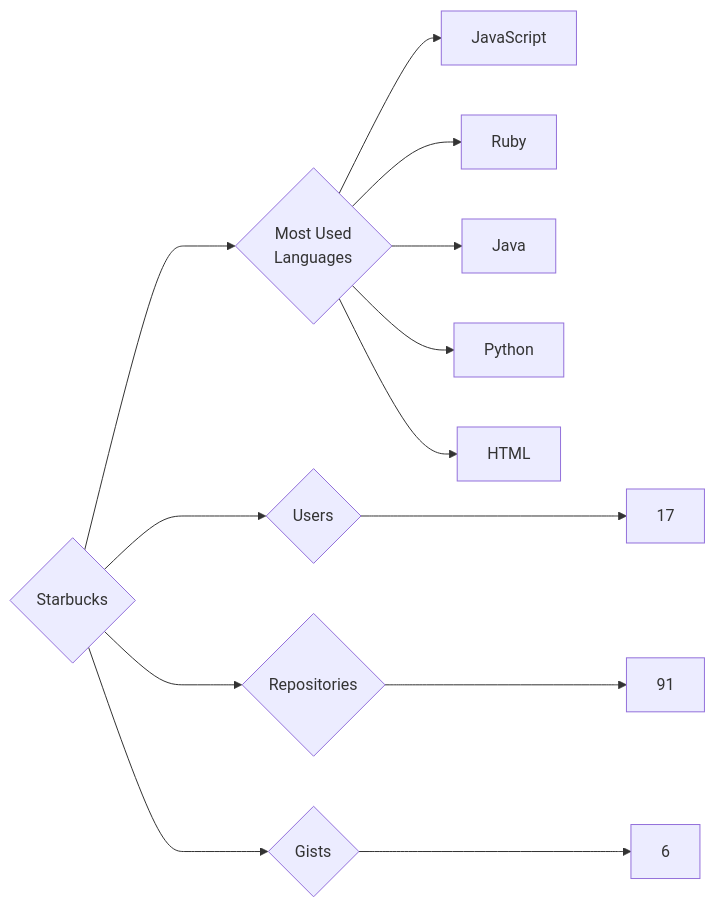
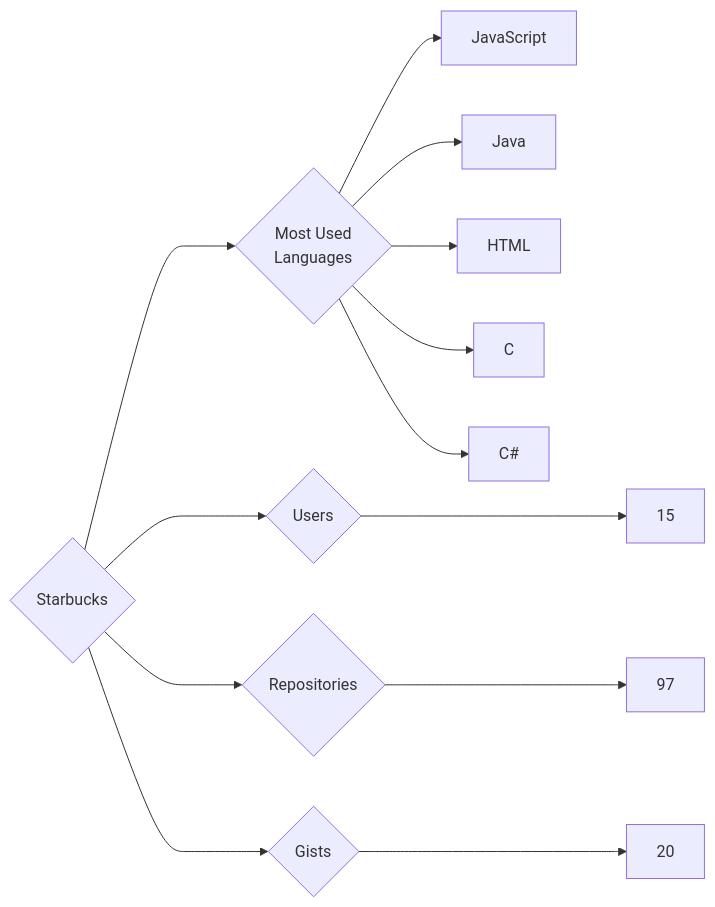
One commit to trickest/insiders changed the diagram in targets/Starbucks/README.md. Above: the diagram before and after it, drawn with Mermaid. The commit also changed 851 other files, not shown here.

````diff
--- a/targets/Starbucks/README.md
+++ b/targets/Starbucks/README.md
@@ -3,13 +3,13 @@
 ```mermaid
 graph LR
 COMPANY_NAME{Starbucks}
-COMPANY_NAME ---> U{Users} ---> UN[17]
-COMPANY_NAME ---> R{Repositories} ---> RN[91]
-COMPANY_NAME ---> G{Gists} ---> GN[6]
+COMPANY_NAME ---> U{Users} ---> UN[15]
+COMPANY_NAME ---> R{Repositories} ---> RN[97]
+COMPANY_NAME ---> G{Gists} ---> GN[20]
 COMPANY_NAME ---> ML{Most Used<br>Languages}
 ML --> JavaScript[JavaScript]
-ML --> Ruby[Ruby]
 ML --> Java[Java]
-ML --> Python[Python]
 ML --> HTML[HTML]
+ML --> C[C]
+ML --> C#[C#]
 ```
````
